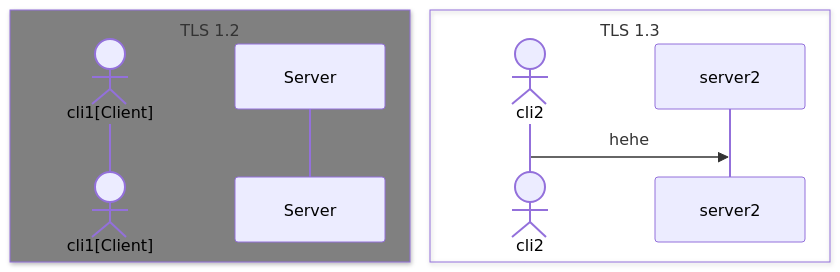
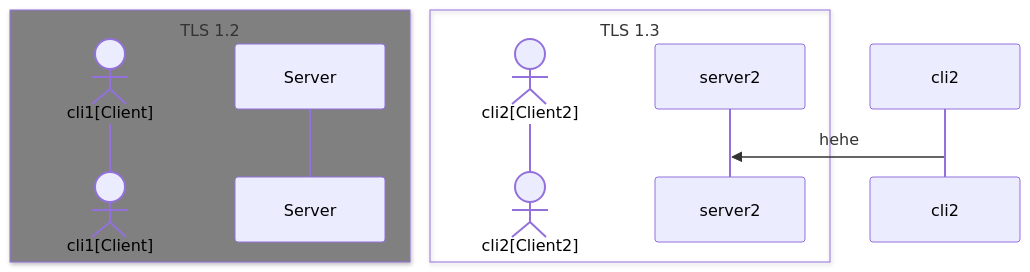
One commit to jtaverne/ovh changed the third of 3 diagrams in tls_1.3.md. Above: the diagram before and after it, drawn with Mermaid.

````diff
--- a/tls_1.3.md
+++ b/tls_1.3.md
@@ -37,12 +37,12 @@
 ```mermaid
 sequenceDiagram
     box Grey TLS 1.2
     actor cli1[Client]
     participant Server
     end
     box TLS 1.3
-    actor cli2
+    actor cli2[Client2]
     participant server2
     end
 cli2 ->> server2 : hehe
 ```
````
